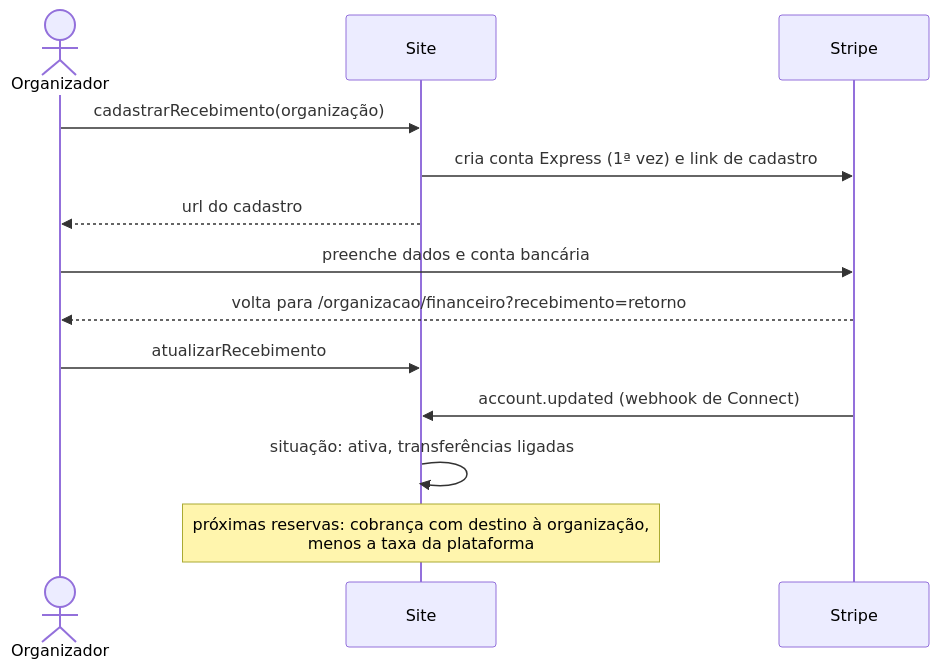
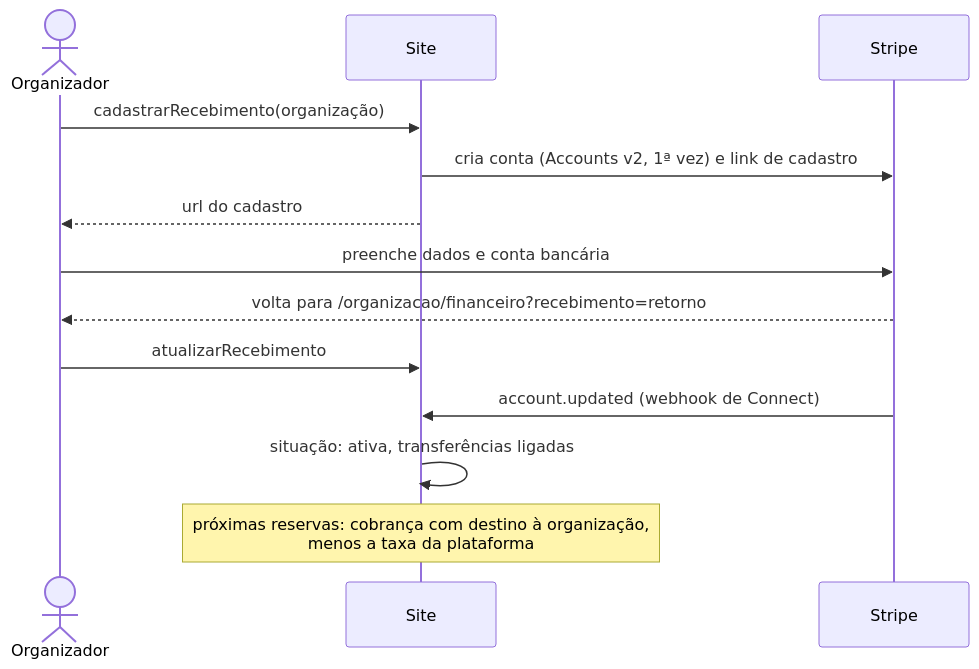
Before and after one commit to Fala-Operador/milsim-ops: the ninth of 11 diagrams in docs/fluxos.md, drawn with Mermaid. The commit also changed 5 other files, not shown here.

First line of the commit message:
Cria as contas das organizações pela Accounts v2 do Stripe

````diff
--- a/docs/fluxos.md
+++ b/docs/fluxos.md
@@ -209,15 +209,15 @@
 ```mermaid
 sequenceDiagram
     actor Or as Organizador
     participant App as Site
     participant S as Stripe
     Or->>App: cadastrarRecebimento(organização)
-    App->>S: cria conta Express (1ª vez) e link de cadastro
+    App->>S: cria conta (Accounts v2, 1ª vez) e link de cadastro
     App-->>Or: url do cadastro
     Or->>S: preenche dados e conta bancária
     S-->>Or: volta para /organizacao/financeiro?recebimento=retorno
     Or->>App: atualizarRecebimento
     S->>App: account.updated (webhook de Connect)
     App->>App: situação: ativa, transferências ligadas
     Note over App: próximas reservas: cobrança com destino à organização,<br/>menos a taxa da plataforma
 ```
````
